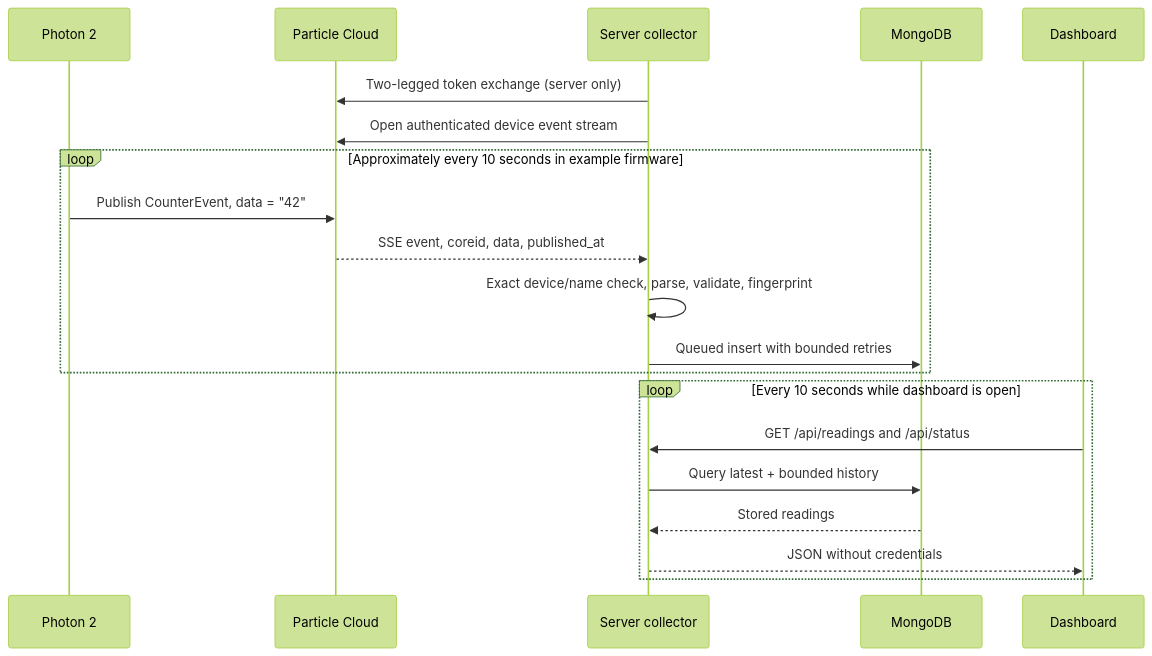
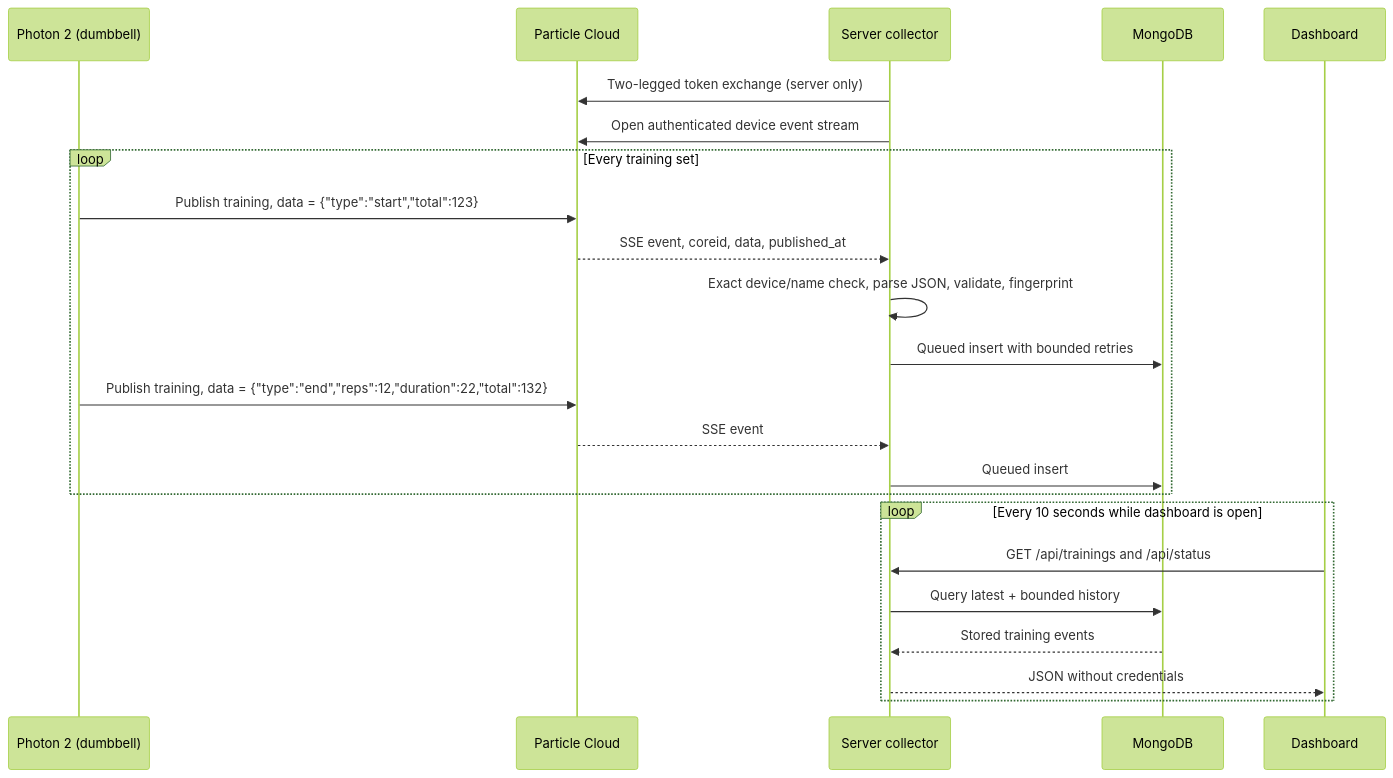
Before and after one commit to slan467/particle-iot-app: the diagram in docs/data-flow.md, drawn with Mermaid (forest theme). The commit also changed other lines of this file and 41 other files, not shown here.

````diff
--- a/docs/data-flow.md
+++ b/docs/data-flow.md
@@ -5,22 +5,25 @@
 ```mermaid
 sequenceDiagram
-  participant D as Photon 2
+  participant D as Photon 2 (dumbbell)
   participant P as Particle Cloud
   participant C as Server collector
   participant M as MongoDB
   participant B as Dashboard
   C->>P: Two-legged token exchange (server only)
   C->>P: Open authenticated device event stream
-  loop Approximately every 10 seconds in example firmware
-    D->>P: Publish CounterEvent, data = "42"
+  loop Every training set
+    D->>P: Publish training, data = {"type":"start","total":123}
     P-->>C: SSE event, coreid, data, published_at
-    C->>C: Exact device/name check, parse, validate, fingerprint
+    C->>C: Exact device/name check, parse JSON, validate, fingerprint
     C->>M: Queued insert with bounded retries
+    D->>P: Publish training, data = {"type":"end","reps":12,"duration":22,"total":132}
+    P-->>C: SSE event
+    C->>M: Queued insert
   end
   loop Every 10 seconds while dashboard is open
-    B->>C: GET /api/readings and /api/status
+    B->>C: GET /api/trainings and /api/status
     C->>M: Query latest + bounded history
-    M-->>C: Stored readings
+    M-->>C: Stored training events
     C-->>B: JSON without credentials
   end
 ```
````
